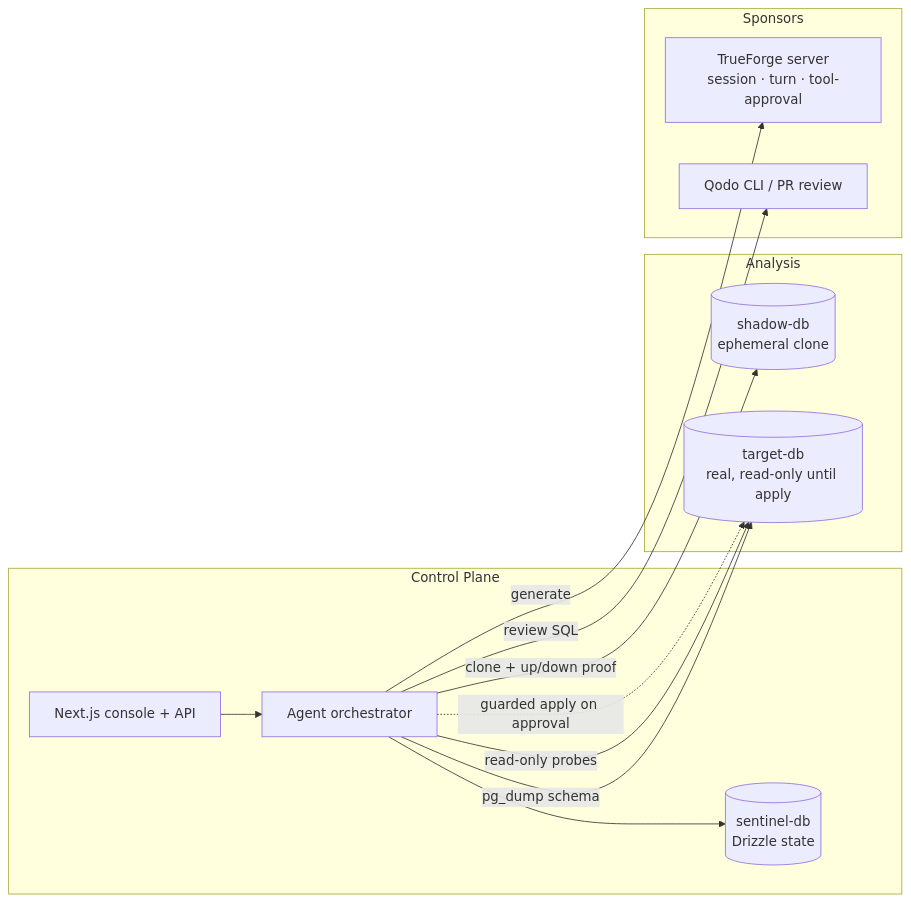
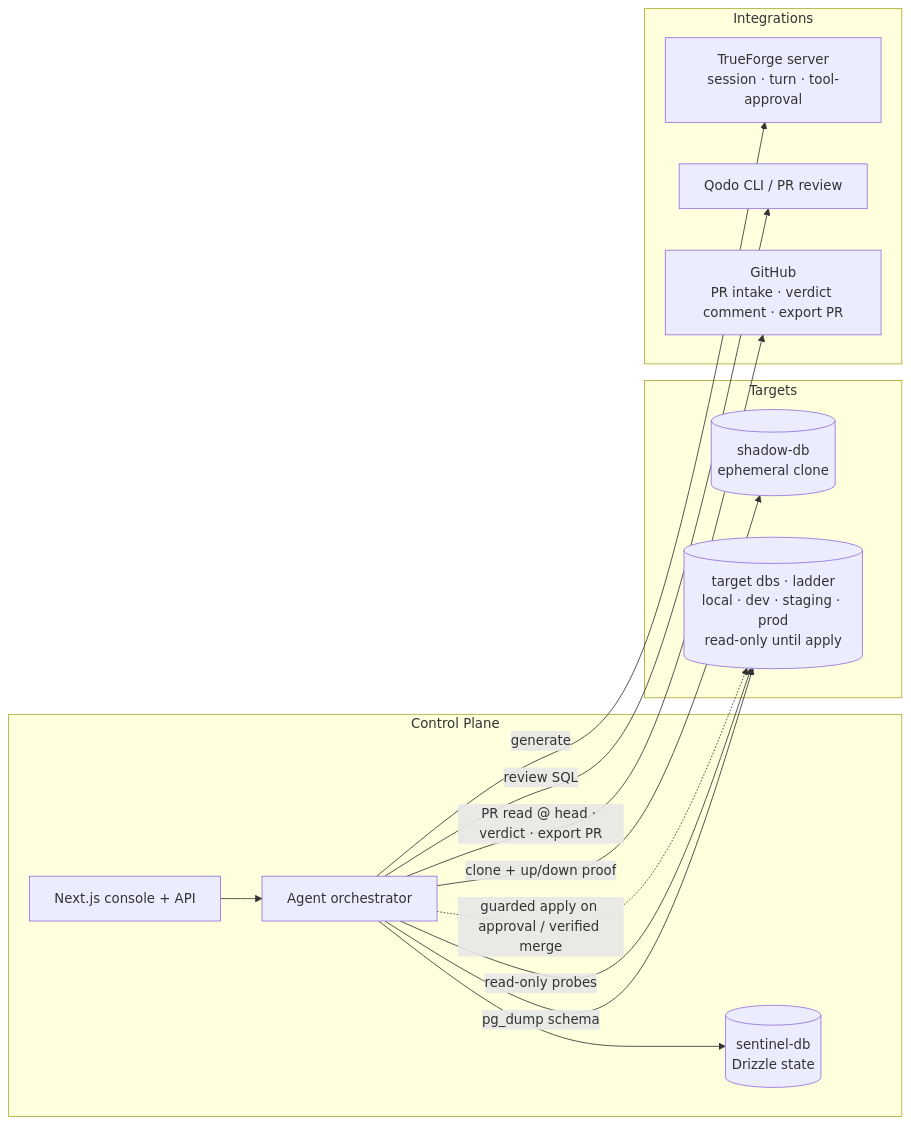
The second of 3 diagrams in README.md (SamChawla/migration-sentinel), drawn with Mermaid before and after one commit. The commit also changed other lines of this file and 2 other files, not shown here.

First line of the commit message:
docs: refresh diagrams for the GitOps architecture (#40)

````diff
--- a/README.md
+++ b/README.md
@@ -159,25 +165,27 @@
 ```mermaid
 flowchart LR
     subgraph Control Plane
         WEB[Next.js console + API]
         AGENT[Agent orchestrator]
         SENT[(sentinel-db<br/>Drizzle state)]
     end
-    subgraph Analysis
+    subgraph Targets
         SHADOW[(shadow-db<br/>ephemeral clone)]
-        TARGET[(target-db<br/>real, read-only until apply)]
+        TARGET[(target dbs · ladder<br/>local · dev · staging · prod<br/>read-only until apply)]
     end
-    subgraph Sponsors
+    subgraph Integrations
         TF[TrueForge server<br/>session · turn · tool-approval]
         QODO[Qodo CLI / PR review]
+        GH[GitHub<br/>PR intake · verdict comment · export PR]
     end
 
     WEB --> AGENT
     AGENT --> SENT
     AGENT -->|generate| TF
+    AGENT -->|PR read @ head · verdict · export PR| GH
     AGENT -->|pg_dump schema| TARGET
     AGENT -->|clone + up/down proof| SHADOW
     AGENT -->|read-only probes| TARGET
     AGENT -->|review SQL| QODO
-    AGENT -.->|guarded apply on approval| TARGET
+    AGENT -.->|guarded apply on approval / verified merge| TARGET
 ```
````
